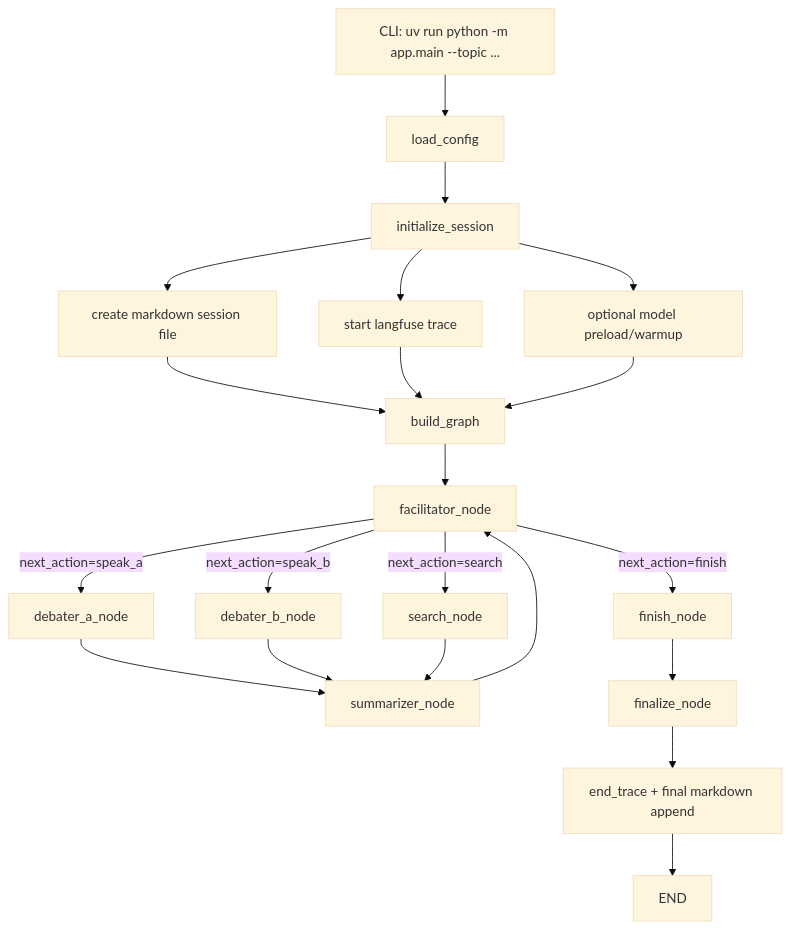
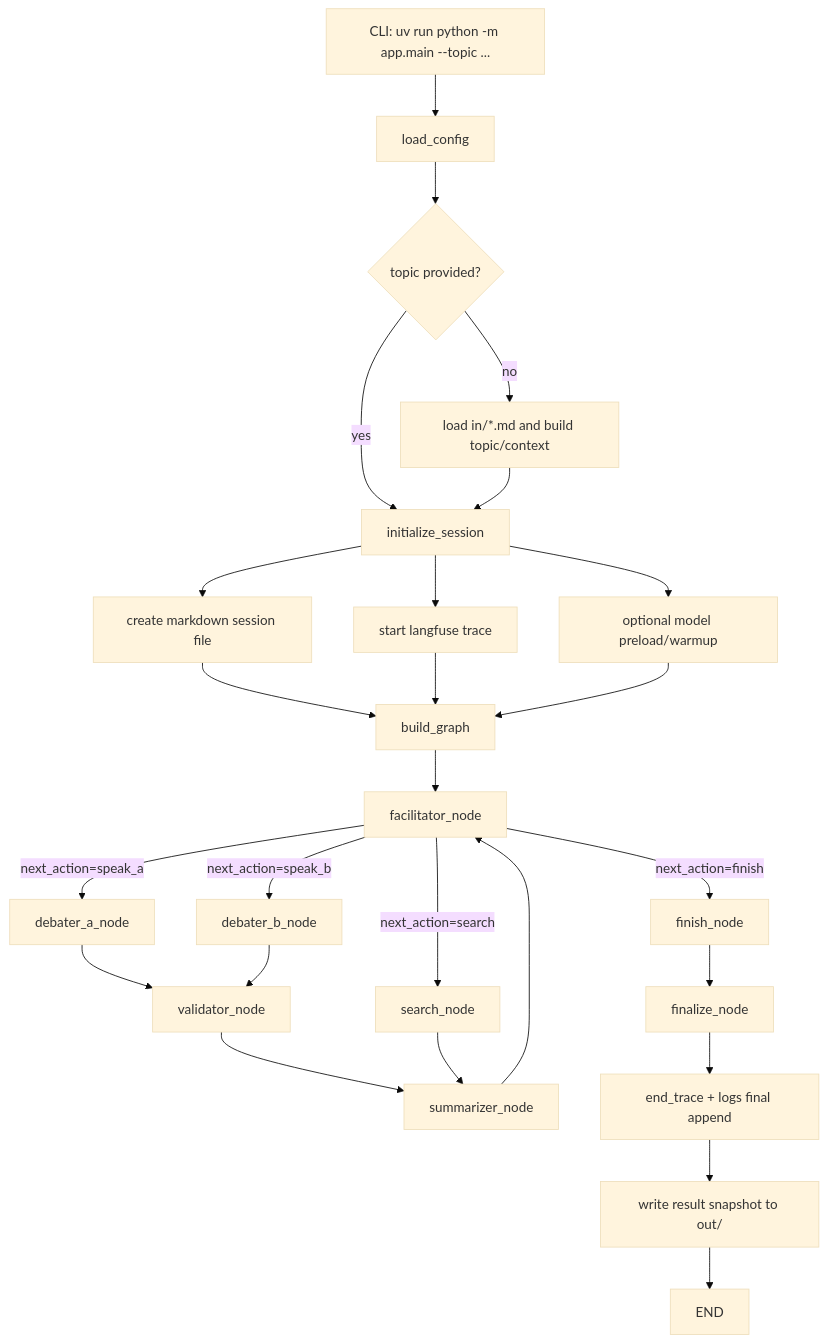
Before and after one commit to Mr-Kondo/agentic_debating_llms: the diagram in docs/repository_flow.md, drawn with Mermaid (base theme). The commit also changed other lines of this file and 25 other files, not shown here.

First line of the commit message:
feat: add validator node, markdown in/out flow, and Langfuse fallback hardening

````diff
--- a/docs/repository_flow.md
+++ b/docs/repository_flow.md
@@ -16,26 +18,31 @@
 ```mermaid
 flowchart TD
     A[CLI: uv run python -m app.main --topic ...] --> B[load_config]
-    B --> C[initialize_session]
+    B --> B2{topic provided?}
+    B2 -->|yes| C[initialize_session]
+    B2 -->|no| BI[load in/*.md and build topic/context]
+    BI --> C
     C --> D[create markdown session file]
     C --> E[start langfuse trace]
     C --> F[optional model preload/warmup]
     D --> G[build_graph]
     E --> G
     F --> G
 
     G --> H[facilitator_node]
     H -->|next_action=speak_a| I[debater_a_node]
     H -->|next_action=speak_b| J[debater_b_node]
     H -->|next_action=search| K[search_node]
     H -->|next_action=finish| L[finish_node]
 
-    I --> M[summarizer_node]
-    J --> M
+    I --> V[validator_node]
+    J --> V
+    V --> M[summarizer_node]
     K --> M
     M --> H
 
     L --> N[finalize_node]
-    N --> O[end_trace + final markdown append]
-    O --> P[END]
+    N --> O[end_trace + logs final append]
+    O --> O2[write result snapshot to out/]
+    O2 --> P[END]
 ```
````
